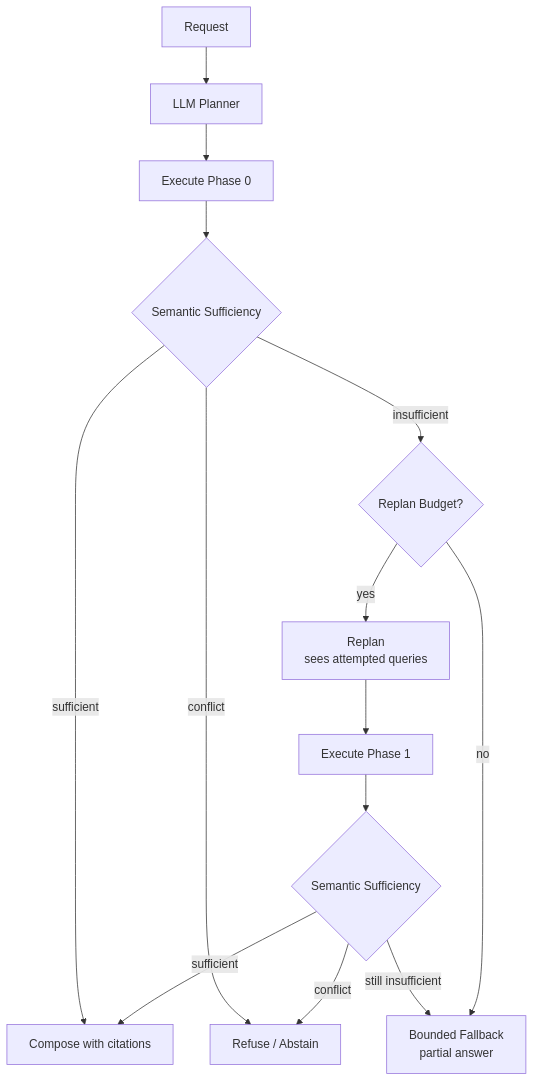
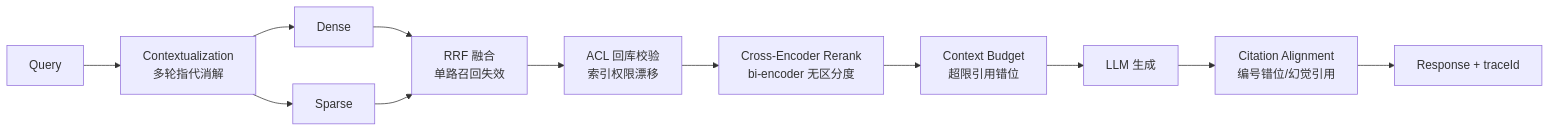
One commit to HHHAnQi/kiwi-doc changed the second of 4 diagrams in README.md. Above: the diagram before and after it, drawn with Mermaid. The commit also changed other lines of this file and 1 other file, not shown here.

````diff
--- a/README.md
+++ b/README.md
@@ -79,16 +86,12 @@
 ```mermaid
-flowchart TD
-    Q[Request] --> P[LLM Planner]
-    P --> X0[Execute Phase 0]
-    X0 --> S0{Semantic Sufficiency}
-    S0 -->|sufficient| C[Compose with citations]
-    S0 -->|conflict| R[Refuse / Abstain]
-    S0 -->|insufficient| B{Replan Budget?}
-    B -->|yes| RP[Replan<br/>sees attempted queries]
-    RP --> X1[Execute Phase 1]
-    X1 --> S1{Semantic Sufficiency}
-    S1 -->|sufficient| C
-    S1 -->|conflict| R
-    S1 -->|still insufficient| F[Bounded Fallback<br/>partial answer]
-    B -->|no| F
+flowchart LR
+    Q[Query] --> CW[Contextualization<br/>多轮指代消解]
+    CW --> D[Dense] & S[Sparse]
+    D & S --> RRF[RRF 融合<br/>单路召回失效]
+    RRF --> ACL[ACL 回库校验<br/>索引权限漂移]
+    ACL --> RK[Cross-Encoder Rerank<br/>bi-encoder 无区分度]
+    RK --> CB[Context Budget<br/>超限引用错位]
+    CB --> L[LLM 生成]
+    L --> CIT[Citation Alignment<br/>编号错位/幻觉引用]
+    CIT --> R[Response + traceId]
 ```
````
